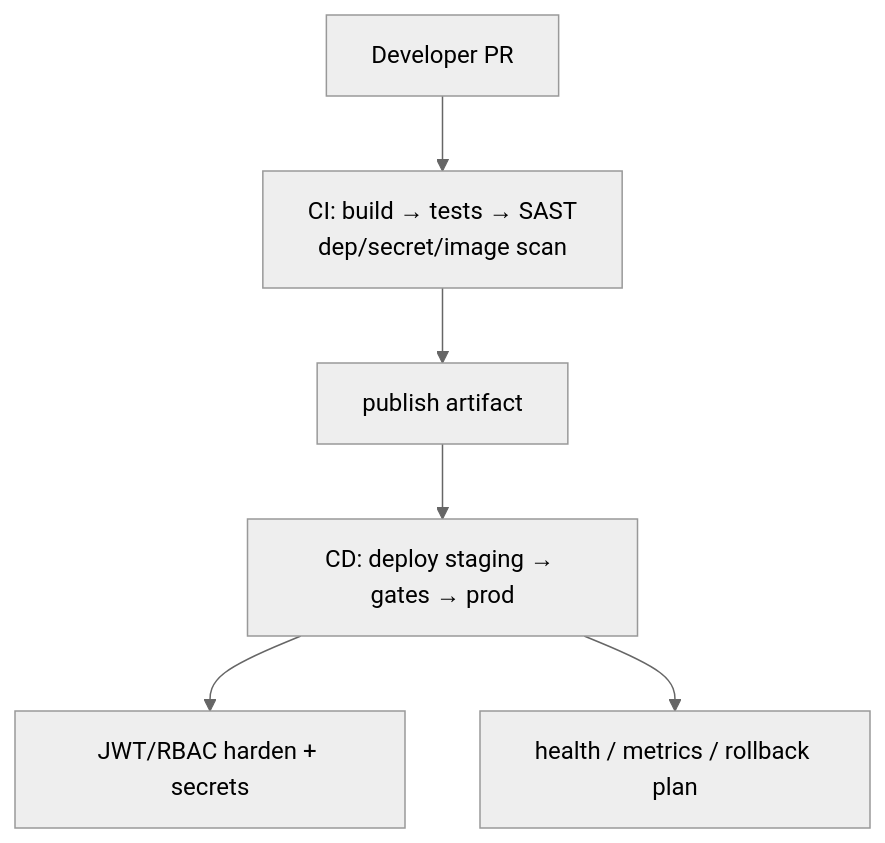
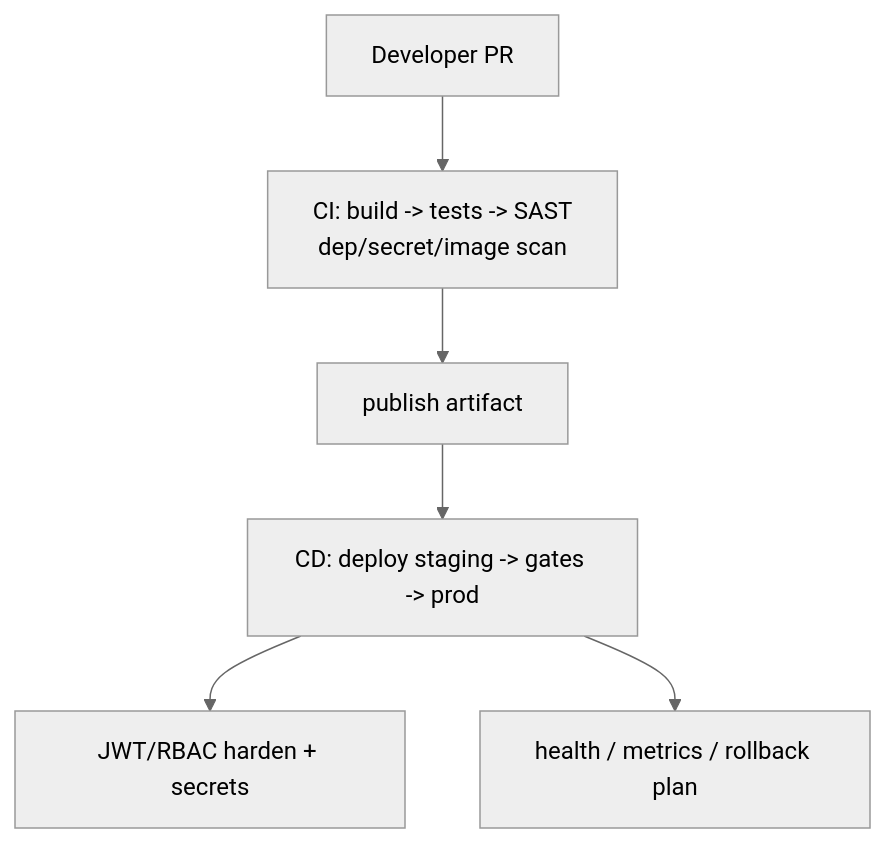
The first of 2 diagrams in labs/Week 6 - Capstone Project/module-51/lab51/LAB-51-GUIDE.md (pupilliluke/bc-sw-engineer-java-participant), drawn with Mermaid (neutral theme) before and after one commit. The commit also changed 55 other files, not shown here.

Commit message:
Stop publishing local screenshots; harden Mermaid for GitHub; sync only tracked lab files.

````diff
--- a/labs/Week 6 - Capstone Project/module-51/lab51/LAB-51-GUIDE.md
+++ b/labs/Week 6 - Capstone Project/module-51/lab51/LAB-51-GUIDE.md
@@ -86,8 +86,8 @@
 ```mermaid
 flowchart TB
-  PR["Developer PR"] --> CI["CI: build → tests → SAST<br/>dep/secret/image scan"]
+  PR["Developer PR"] --> CI["CI: build -> tests -> SAST<br/>dep/secret/image scan"]
   CI --> Pub["publish artifact"]
-  Pub --> CD["CD: deploy staging → gates → prod"]
+  Pub --> CD["CD: deploy staging -> gates -> prod"]
   CD --> Sec["JWT/RBAC harden + secrets"]
   CD --> Obs["health / metrics / rollback plan"]
 ```
````
